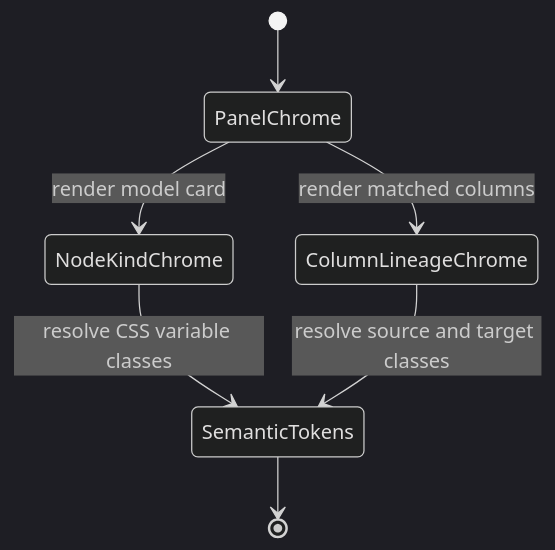
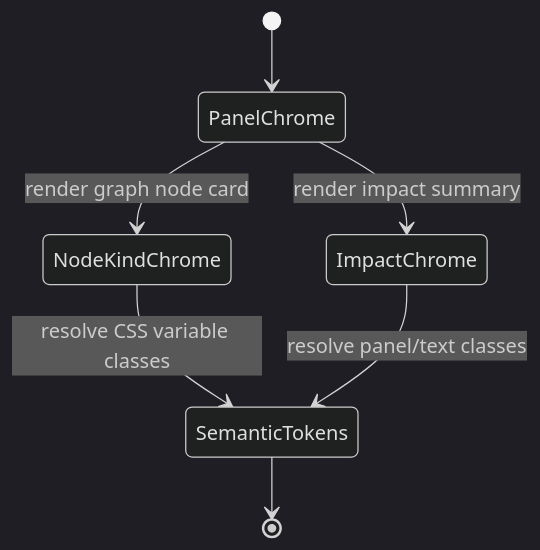
One commit to dunay2/dvt changed the diagram in docs/architecture/components/web/lineage/lineage-panel-token-component.md. Above: the diagram before and after it, drawn with Mermaid (dark theme). The commit also changed other lines of this file and 20 other files, not shown here.

First line of the commit message:
refactor(web): hard-cut false column lineage data (#2953)

````diff
--- a/docs/architecture/components/web/lineage/lineage-panel-token-component.md
+++ b/docs/architecture/components/web/lineage/lineage-panel-token-component.md
@@ -37,9 +35,9 @@
 ```mermaid
 stateDiagram-v2
   [*] --> PanelChrome
-  PanelChrome --> NodeKindChrome: render model card
-  PanelChrome --> ColumnLineageChrome: render matched columns
+  PanelChrome --> NodeKindChrome: render graph node card
+  PanelChrome --> ImpactChrome: render impact summary
   NodeKindChrome --> SemanticTokens: resolve CSS variable classes
-  ColumnLineageChrome --> SemanticTokens: resolve source and target classes
+  ImpactChrome --> SemanticTokens: resolve panel/text classes
   SemanticTokens --> [*]
 ```
````
